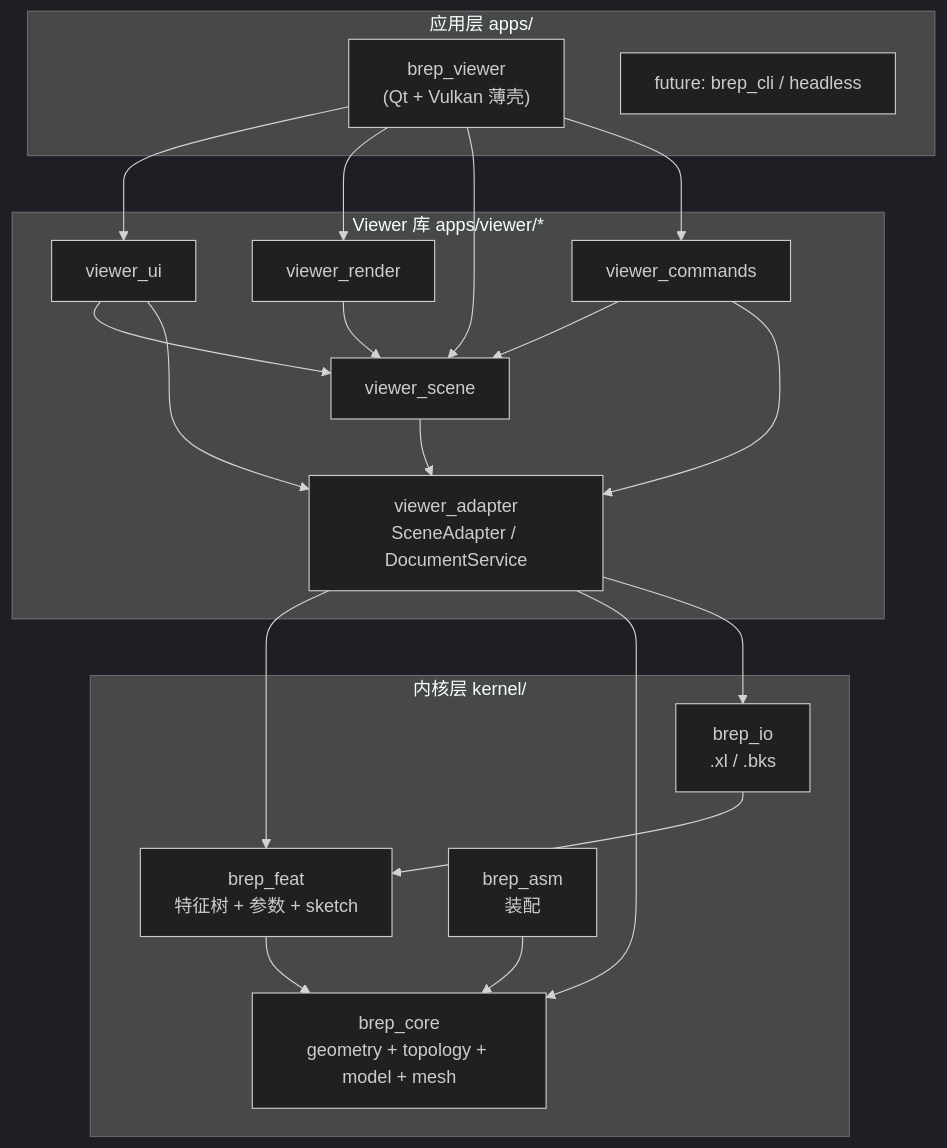
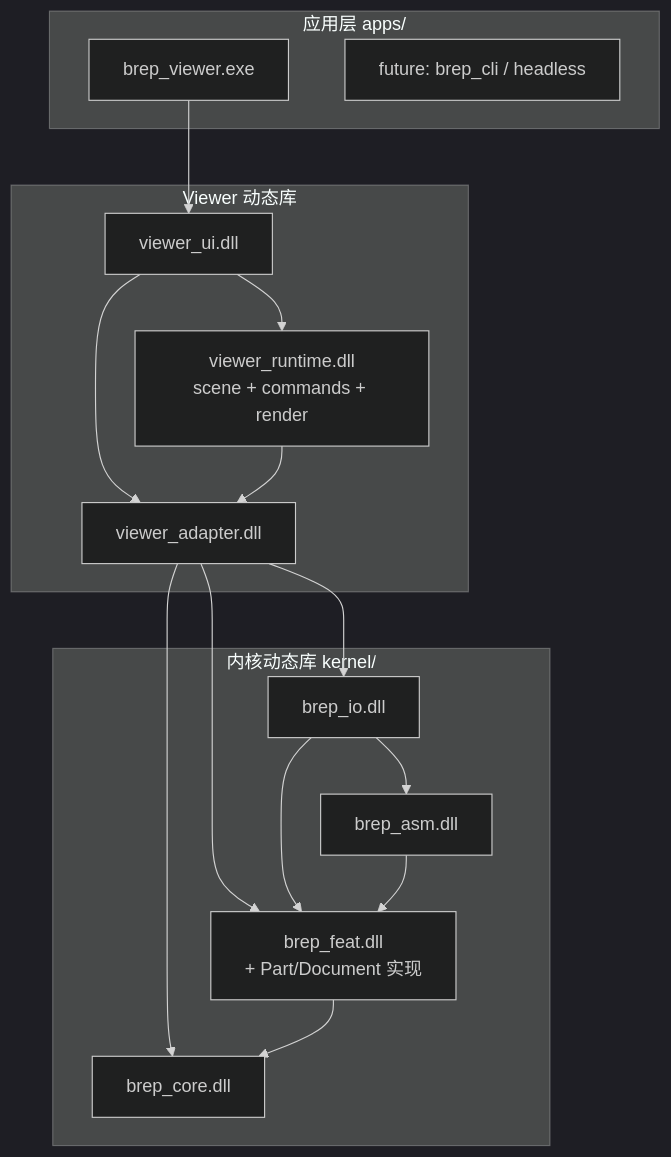
One commit to bergxing/brepkernelstudy changed the diagram in docs/architecture/engineering-refactoring-plan.md. Above: the diagram before and after it, drawn with Mermaid (dark theme). The commit also changed other lines of this file and 12 other files, not shown here.

Commit message:
Build kernel and viewer as shared libraries with documented dependency DAG.

````diff
--- a/docs/architecture/engineering-refactoring-plan.md
+++ b/docs/architecture/engineering-refactoring-plan.md
@@ -106,39 +109,32 @@
 ```mermaid
 flowchart TB
   subgraph apps ["应用层 apps/"]
-    viewer["brep_viewer<br/>(Qt + Vulkan 薄壳)"]
+    viewer["brep_viewer.exe"]
     cli["future: brep_cli / headless"]
   end
 
-  subgraph viewer_libs ["Viewer 库 apps/viewer/*"]
-    ui["viewer_ui"]
-    render["viewer_render"]
-    scene["viewer_scene"]
-    commands["viewer_commands"]
-    adapter["viewer_adapter<br/>SceneAdapter / DocumentService"]
+  subgraph viewer_libs ["Viewer 动态库"]
+    ui["viewer_ui.dll"]
+    runtime["viewer_runtime.dll<br/>scene + commands + render"]
+    adapter["viewer_adapter.dll"]
   end
 
-  subgraph kernel ["内核层 kernel/"]
-    core["brep_core<br/>geometry + topology + model + mesh"]
-    feat["brep_feat<br/>特征树 + 参数 + sketch"]
-    io["brep_io<br/>.xl / .bks"]
-    asm["brep_asm<br/>装配"]
+  subgraph kernel ["内核动态库 kernel/"]
+    core["brep_core.dll"]
+    feat["brep_feat.dll<br/>+ Part/Document 实现"]
+    io["brep_io.dll"]
+    asm["brep_asm.dll"]
   end
 
   viewer --> ui
-  viewer --> render
-  viewer --> scene
-  viewer --> commands
-  ui --> scene
-  commands --> scene
-  commands --> adapter
-  render --> scene
-  scene --> adapter
+  ui --> runtime
   ui --> adapter
+  runtime --> adapter
+  adapter --> io
   adapter --> feat
   adapter --> core
-  adapter --> io
+  io --> feat
+  io --> asm
   feat --> core
-  io --> feat
-  asm --> core
+  asm --> feat
 ```
````
